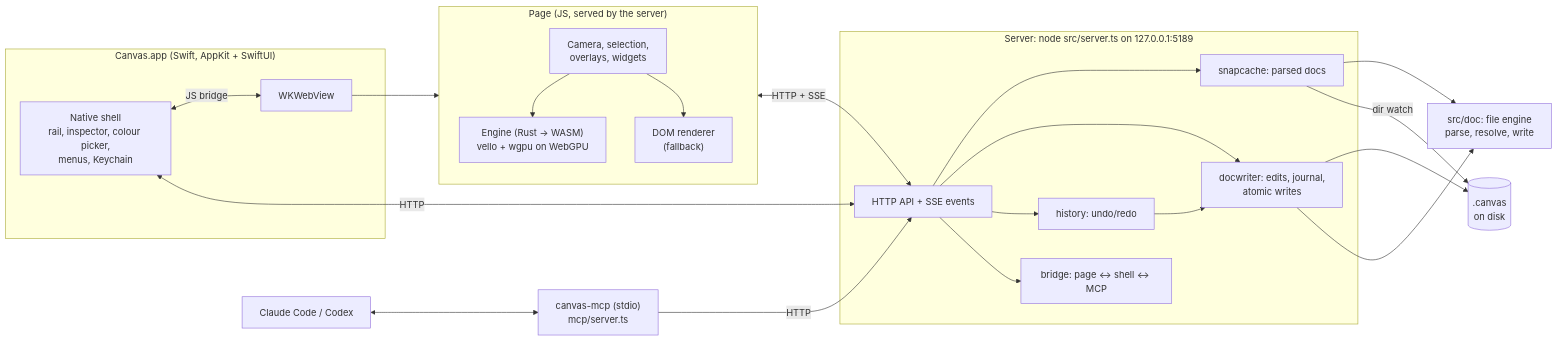
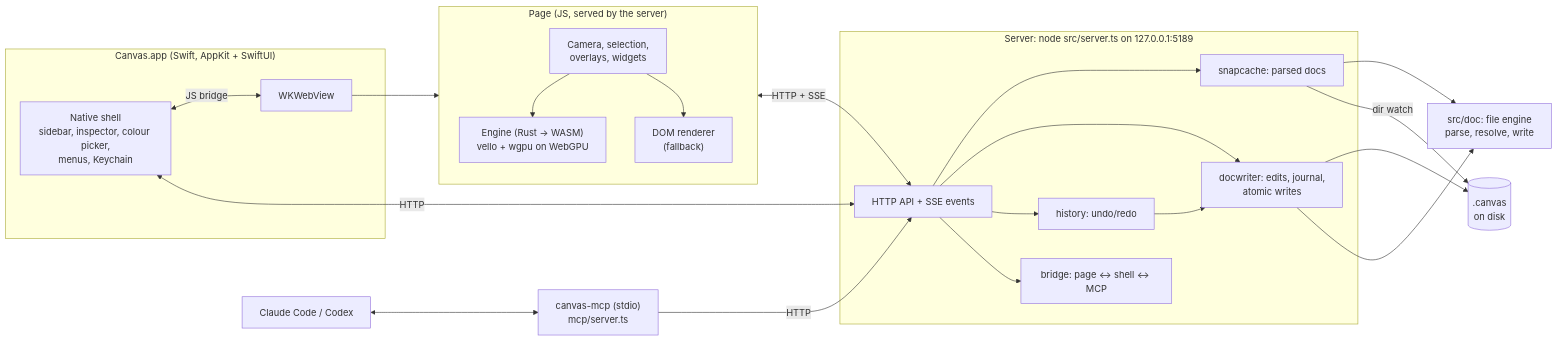
One commit to antonijap/canvas changed the diagram in docs/developer-guide.md. Above: the diagram before and after it, drawn with Mermaid. The commit also changed other lines of this file and 22 other files, not shown here.

Commit message:
Merge the left rail and panel into one sidebar with a segmented control for Layers, Assets, Tokens and Widgets, in the app and the browser version

````diff
--- a/docs/developer-guide.md
+++ b/docs/developer-guide.md
@@ -276,38 +276,38 @@
 ```mermaid
 flowchart LR
   subgraph App["Canvas.app (Swift, AppKit + SwiftUI)"]
-    Shell["Native shell<br/>rail, inspector, colour picker,<br/>menus, Keychain"]
+    Shell["Native shell<br/>sidebar, inspector, colour picker,<br/>menus, Keychain"]
     WK["WKWebView"]
   end
   subgraph Page["Page (JS, served by the server)"]
     Cam["Camera, selection,<br/>overlays, widgets"]
     Eng["Engine (Rust -> WASM)<br/>vello + wgpu on WebGPU"]
     DOM["DOM renderer<br/>(fallback)"]
   end
   subgraph Server["Server: node src/server.ts on 127.0.0.1:5189"]
     API["HTTP API + SSE events"]
     Snap["snapcache: parsed docs"]
     Writer["docwriter: edits, journal,<br/>atomic writes"]
     Hist["history: undo/redo"]
     Bridge["bridge: page <-> shell <-> MCP"]
   end
   PL["src/doc: file engine<br/>parse, resolve, write"]
   Files[(".canvas<br/>on disk")]
   MCP["canvas-mcp (stdio)<br/>mcp/server.ts"]
   Agent["Claude Code / Codex"]
 
   Shell <-- "JS bridge" --> WK
   WK --> Page
   Cam --> Eng
   Cam --> DOM
   Page <-- "HTTP + SSE" --> API
   Shell <-- "HTTP" --> API
   API --> Snap --> PL
   API --> Writer --> Files
   Writer --> PL
   API --> Hist --> Writer
   API --> Bridge
   Snap -- "dir watch" --> Files
   Agent <--> MCP
   MCP -- "HTTP" --> API
 ```
````
